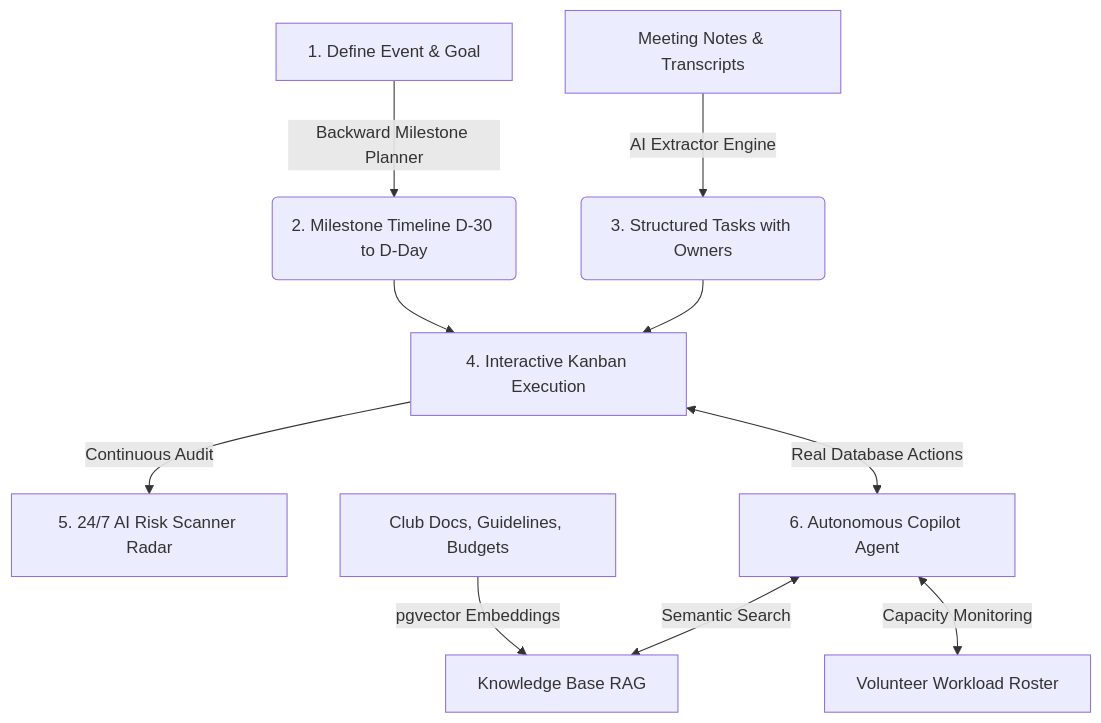
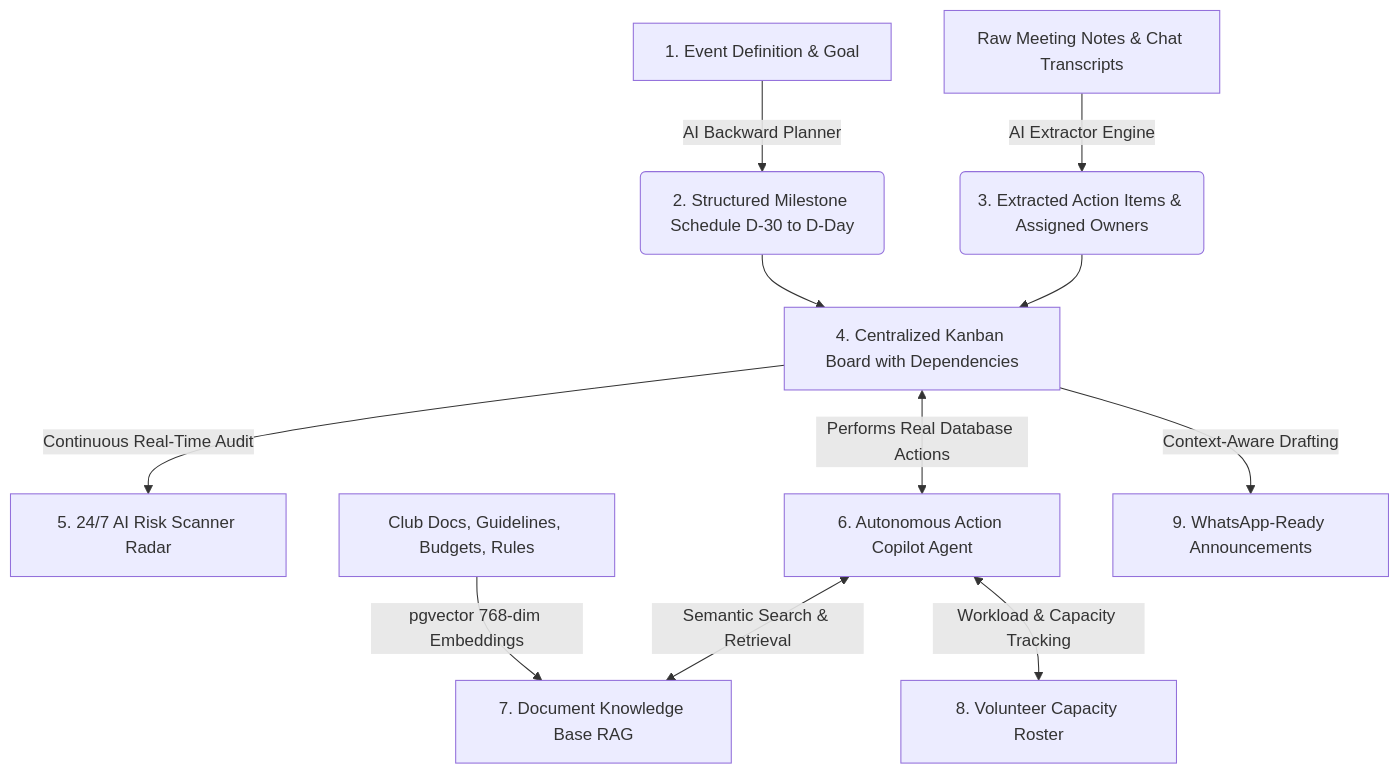
The diagram in README.md (jeetptl1503/convene-ai), drawn with Mermaid before and after one commit. The commit also changed other lines of this file, not shown here.

Commit message:
docs: align README strictly with PS-3 - ClubOps AI problem statement and expected deliverables

````diff
--- a/README.md
+++ b/README.md
@@ -45,12 +54,13 @@
 ```mermaid
 graph TD
-    A[1. Define Event & Goal] -->|Backward Milestone Planner| B(2. Milestone Timeline D-30 to D-Day)
-    C[Meeting Notes & Transcripts] -->|AI Extractor Engine| D(3. Structured Tasks with Owners)
-    B --> E[4. Interactive Kanban Execution]
+    A[1. Event Definition & Goal] -->|AI Backward Planner| B(2. Structured Milestone Schedule D-30 to D-Day)
+    C[Raw Meeting Notes & Chat Transcripts] -->|AI Extractor Engine| D(3. Extracted Action Items & Assigned Owners)
+    B --> E[4. Centralized Kanban Board with Dependencies]
     D --> E
-    E -->|Continuous Audit| F[5. 24/7 AI Risk Scanner Radar]
-    E <-->|Real Database Actions| G[6. Autonomous Copilot Agent]
-    H[Club Docs, Guidelines, Budgets] -->|pgvector Embeddings| I[Knowledge Base RAG]
-    G <-->|Semantic Search| I
-    G <-->|Capacity Monitoring| J[Volunteer Workload Roster]
+    E -->|Continuous Real-Time Audit| F[5. 24/7 AI Risk Scanner Radar]
+    E <-->|Performs Real Database Actions| G[6. Autonomous Action Copilot Agent]
+    H[Club Docs, Guidelines, Budgets, Rules] -->|pgvector 768-dim Embeddings| I[7. Document Knowledge Base RAG]
+    G <-->|Semantic Search & Retrieval| I
+    G <-->|Workload & Capacity Tracking| J[8. Volunteer Capacity Roster]
+    E -->|Context-Aware Drafting| K[9. WhatsApp-Ready Announcements]
 ```
````
